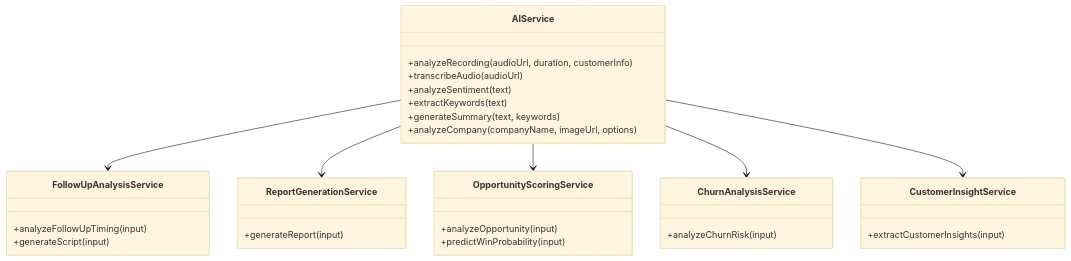
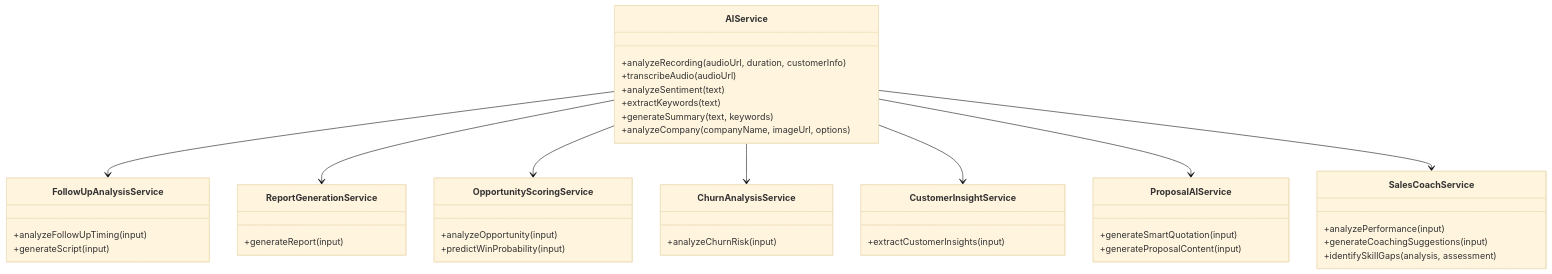
The second of 14 diagrams in .qoder/repowiki/zh/content/AI服务.md (xianjianshenqu/SalesFlow-CRM), drawn with Mermaid (base theme) before and after one commit. The commit also changed other lines of this file and 9 other files, not shown here.

````diff
--- a/.qoder/repowiki/zh/content/AI服务.md
+++ b/.qoder/repowiki/zh/content/AI服务.md
@@ -101,33 +110,44 @@
 ```mermaid
 classDiagram
 class AIService {
 +analyzeRecording(audioUrl, duration, customerInfo)
 +transcribeAudio(audioUrl)
 +analyzeSentiment(text)
 +extractKeywords(text)
 +generateSummary(text, keywords)
 +analyzeCompany(companyName, imageUrl, options)
 }
 class FollowUpAnalysisService {
 +analyzeFollowUpTiming(input)
 +generateScript(input)
 }
 class ReportGenerationService {
 +generateReport(input)
 }
 class OpportunityScoringService {
 +analyzeOpportunity(input)
 +predictWinProbability(input)
 }
 class ChurnAnalysisService {
 +analyzeChurnRisk(input)
 }
 class CustomerInsightService {
 +extractCustomerInsights(input)
 }
+class ProposalAIService {
++generateSmartQuotation(input)
++generateProposalContent(input)
+}
+class SalesCoachService {
++analyzePerformance(input)
++generateCoachingSuggestions(input)
++identifySkillGaps(analysis, assessment)
+}
 AIService --> FollowUpAnalysisService
 AIService --> ReportGenerationService
 AIService --> OpportunityScoringService
 AIService --> ChurnAnalysisService
 AIService --> CustomerInsightService
+AIService --> ProposalAIService
+AIService --> SalesCoachService
 ```
````
